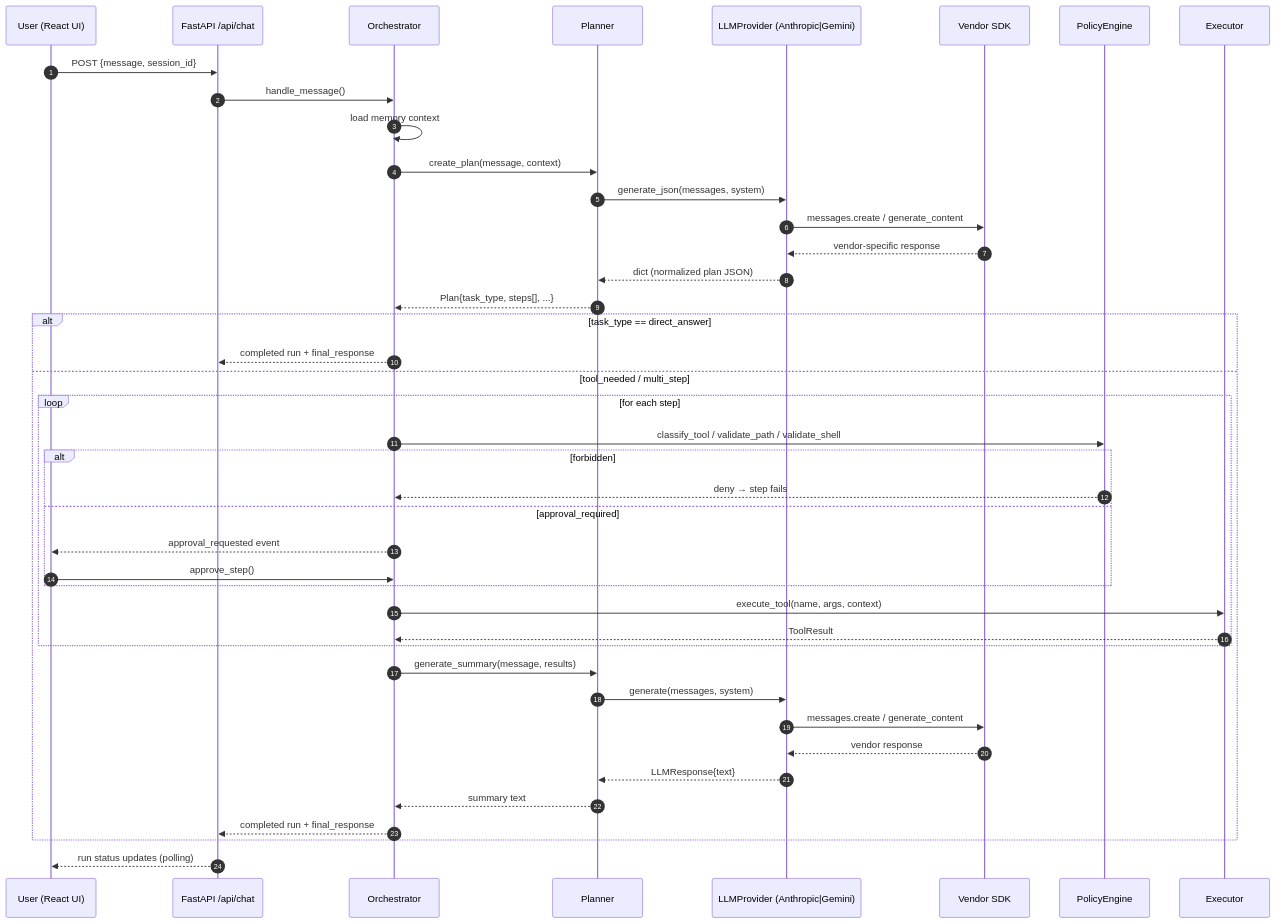
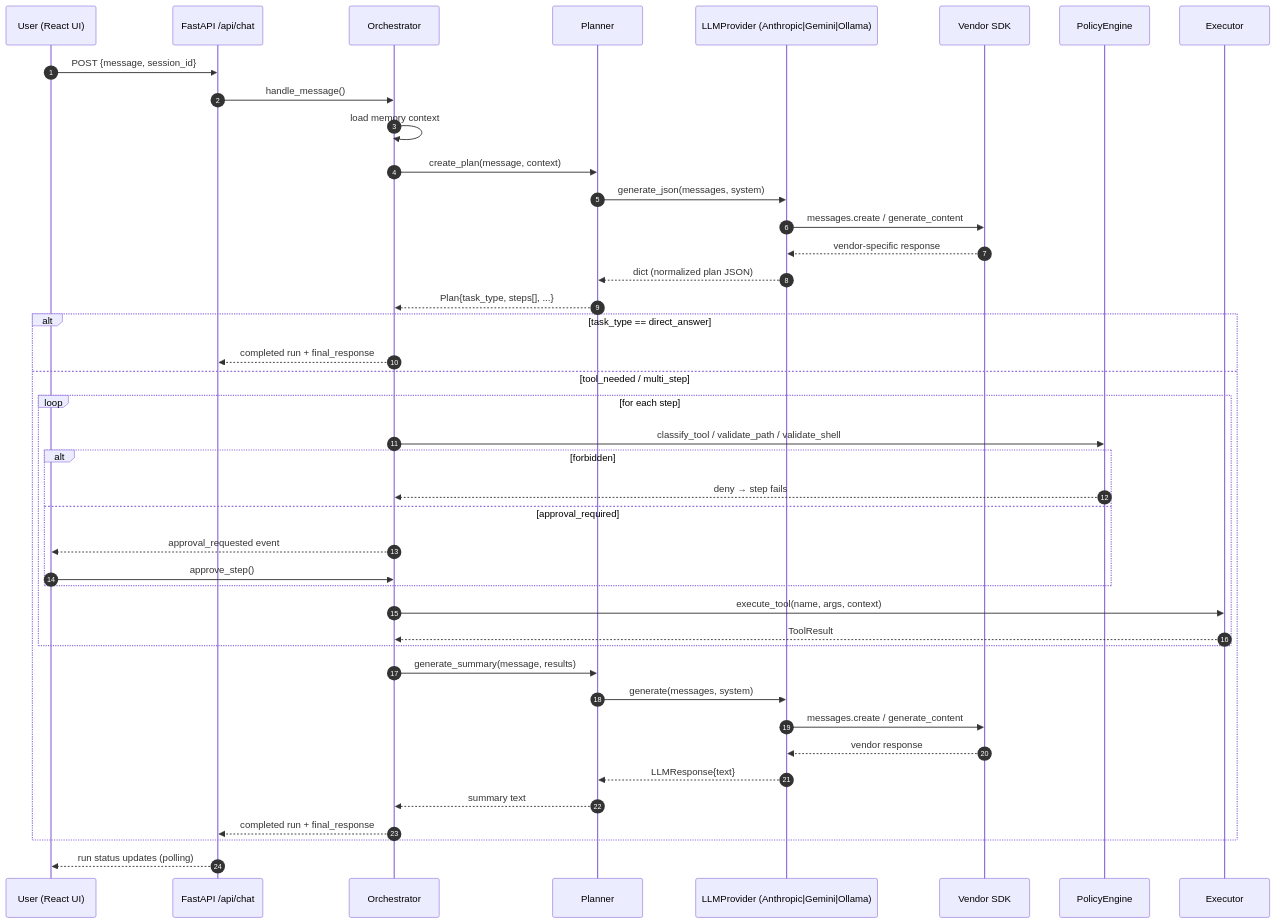
One commit to ibrarx/Mini-OpenClaw changed the second of 3 diagrams in docs/provider-abstraction.md. Above: the diagram before and after it, drawn with Mermaid. The commit also changed other lines of this file and 18 other files, not shown here.

````diff
--- a/docs/provider-abstraction.md
+++ b/docs/provider-abstraction.md
@@ -214,46 +234,46 @@
 ```mermaid
 sequenceDiagram
     autonumber
     participant U as User (React UI)
     participant API as FastAPI /api/chat
     participant O as Orchestrator
     participant PL as Planner
-    participant FP as LLMProvider (Anthropic|Gemini)
+    participant FP as LLMProvider (Anthropic|Gemini|Ollama)
     participant SDK as Vendor SDK
     participant PE as PolicyEngine
     participant EX as Executor
 
     U->>API: POST {message, session_id}
     API->>O: handle_message()
     O->>O: load memory context
     O->>PL: create_plan(message, context)
     PL->>FP: generate_json(messages, system)
     FP->>SDK: messages.create / generate_content
     SDK-->>FP: vendor-specific response
     FP-->>PL: dict (normalized plan JSON)
     PL-->>O: Plan{task_type, steps[], ...}
 
     alt task_type == direct_answer
         O-->>API: completed run + final_response
     else tool_needed / multi_step
         loop for each step
             O->>PE: classify_tool / validate_path / validate_shell
             alt forbidden
                 PE-->>O: deny → step fails
             else approval_required
                 O-->>U: approval_requested event
                 U->>O: approve_step()
             end
             O->>EX: execute_tool(name, args, context)
             EX-->>O: ToolResult
         end
         O->>PL: generate_summary(message, results)
         PL->>FP: generate(messages, system)
         FP->>SDK: messages.create / generate_content
         SDK-->>FP: vendor response
         FP-->>PL: LLMResponse{text}
         PL-->>O: summary text
         O-->>API: completed run + final_response
     end
     API-->>U: run status updates (polling)
 ```
````
